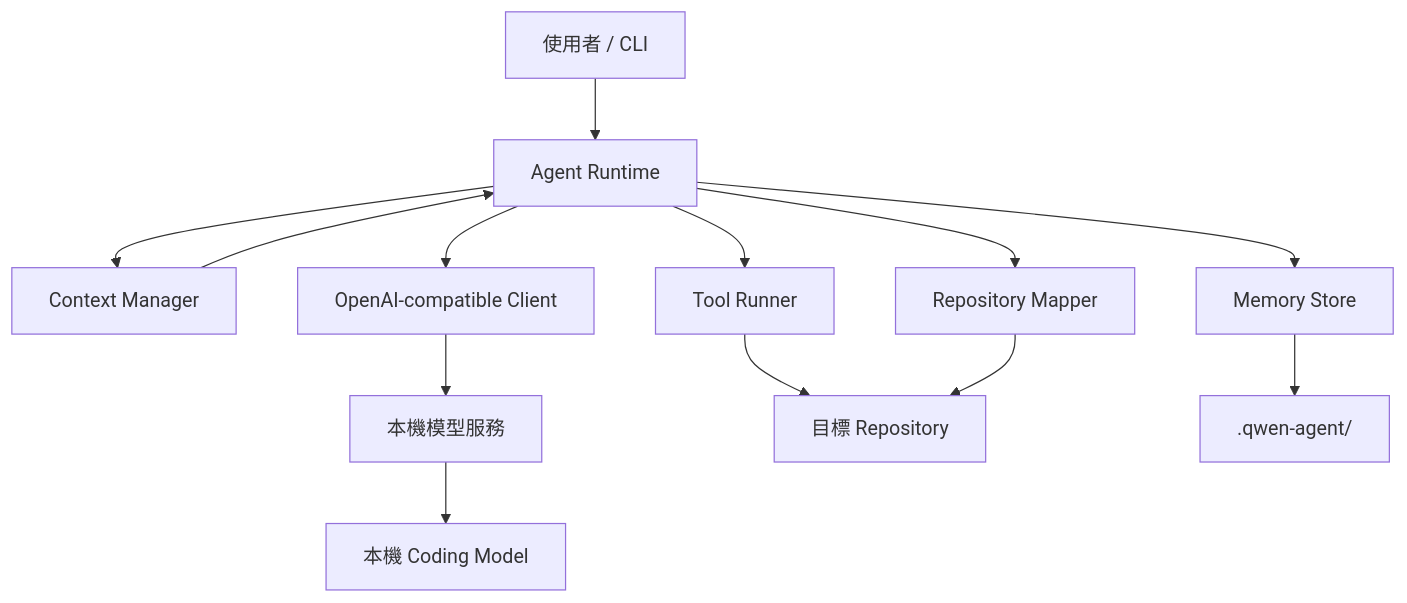
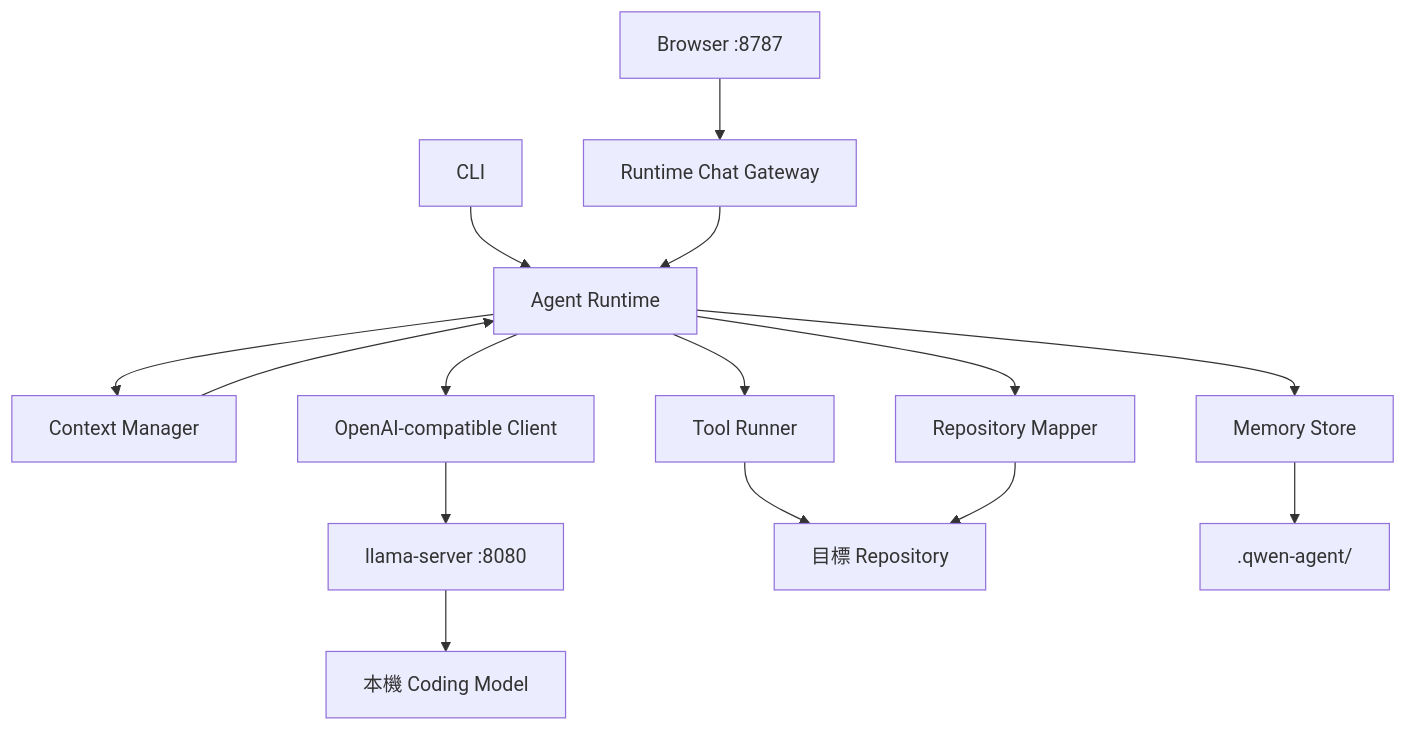
Before and after one commit to HayronHgh/context-os: the diagram in README.zh-TW.md, drawn with Mermaid. The commit also changed other lines of this file and 32 other files, not shown here.

Commit message:
feat(gateway): add runtime chat interface

````diff
--- a/README.zh-TW.md
+++ b/README.zh-TW.md
@@ -96,15 +97,17 @@
 ```mermaid
 flowchart TD
-    U["使用者 / CLI"] --> A["Agent Runtime"]
+    B["Browser :8787"] --> G["Runtime Chat Gateway"]
+    U["CLI"] --> A["Agent Runtime"]
+    G --> A
     A --> C["Context Manager"]
     A --> T["Tool Runner"]
     A --> M["Memory Store"]
     A --> R["Repository Mapper"]
     A --> L["OpenAI-compatible Client"]
-    L --> S["本機模型服務"]
+    L --> S["llama-server :8080"]
     S --> Q["本機 Coding Model"]
     T --> P["目標 Repository"]
     R --> P
     M --> D[".qwen-agent/"]
     C --> A
 ```
````
